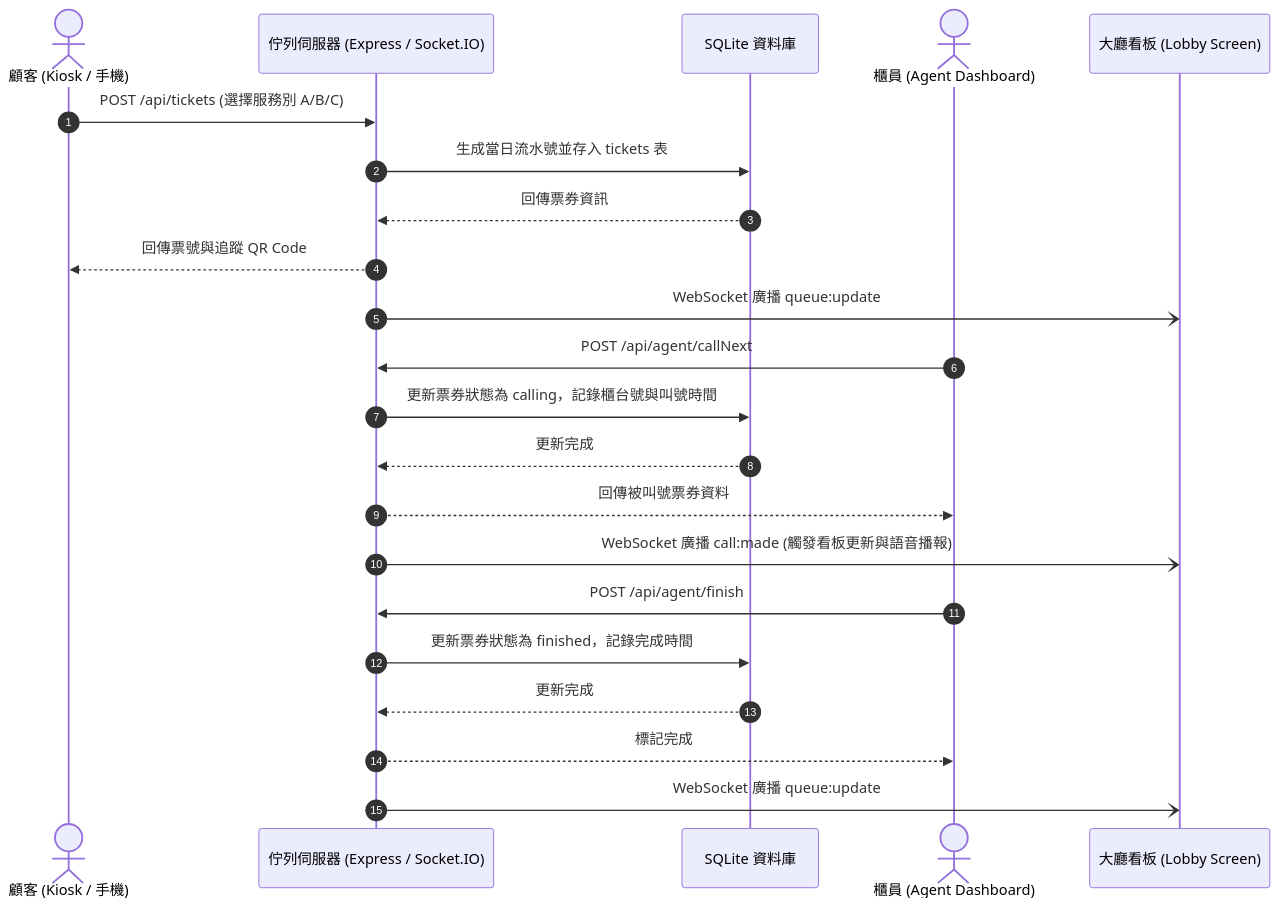
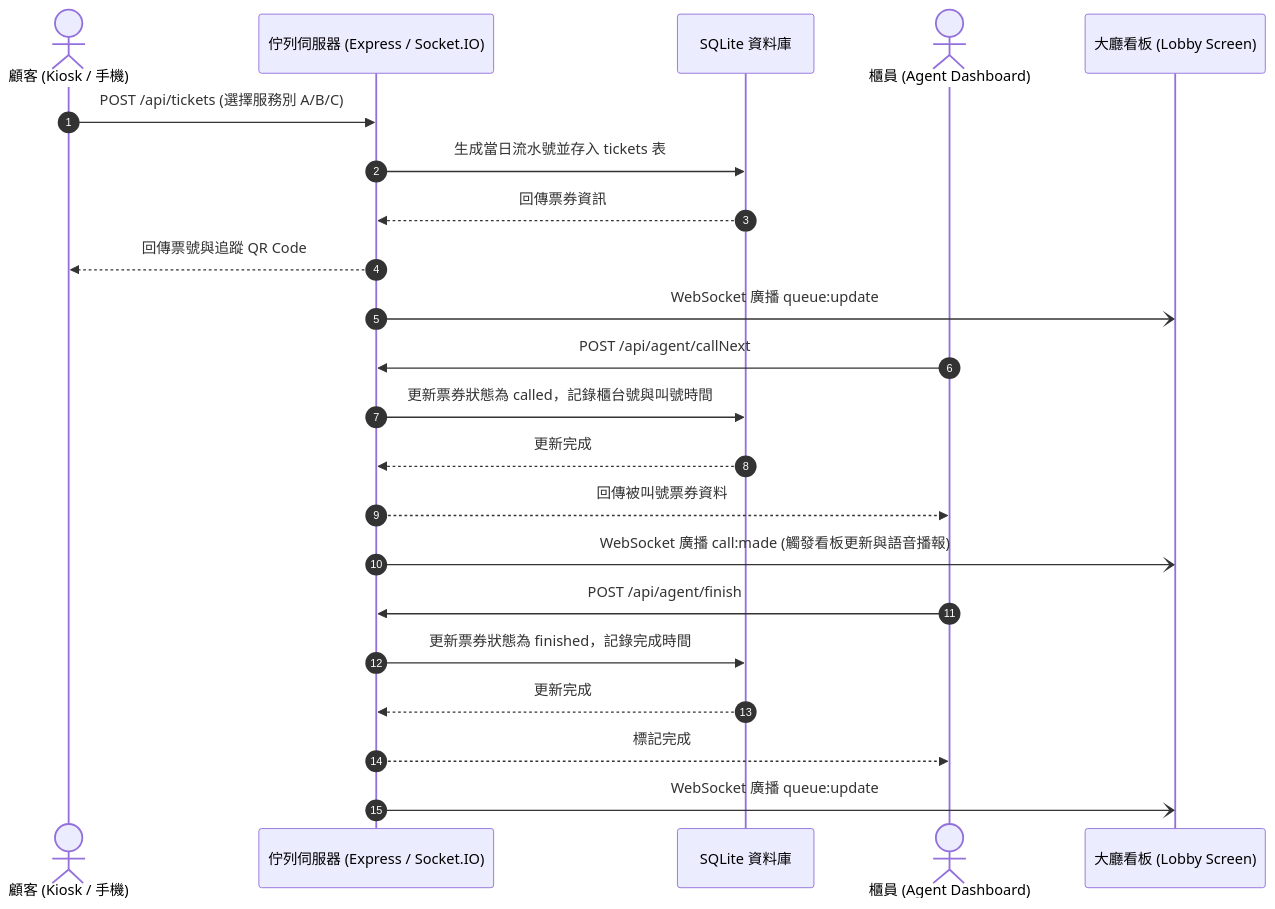
The first of 2 diagrams in README.md (Scorpio-meow/CallMiao), drawn with Mermaid before and after one commit. The commit also changed other lines of this file and 25 other files, not shown here.

````diff
--- a/README.md
+++ b/README.md
@@ -43,27 +43,27 @@
 ```mermaid
 sequenceDiagram
     autonumber
     actor Customer as 顧客 (Kiosk / 手機)
     participant Server as 佇列伺服器 (Express / Socket.IO)
     participant DB as SQLite 資料庫
     actor Agent as 櫃員 (Agent Dashboard)
     participant Lobby as 大廳看板 (Lobby Screen)
 
     Customer->>Server: POST /api/tickets (選擇服務別 A/B/C)
     Server->>DB: 生成當日流水號並存入 tickets 表
     DB-->>Server: 回傳票券資訊
     Server-->>Customer: 回傳票號與追蹤 QR Code
     Server-)Lobby: WebSocket 廣播 queue:update
 
     Agent->>Server: POST /api/agent/callNext
-    Server->>DB: 更新票券狀態為 calling，記錄櫃台號與叫號時間
+    Server->>DB: 更新票券狀態為 called，記錄櫃台號與叫號時間
     DB-->>Server: 更新完成
     Server-->>Agent: 回傳被叫號票券資料
     Server-)Lobby: WebSocket 廣播 call:made (觸發看板更新與語音播報)
 
     Agent->>Server: POST /api/agent/finish
     Server->>DB: 更新票券狀態為 finished，記錄完成時間
     DB-->>Server: 更新完成
     Server-->>Agent: 標記完成
     Server-)Lobby: WebSocket 廣播 queue:update
 ```
````
